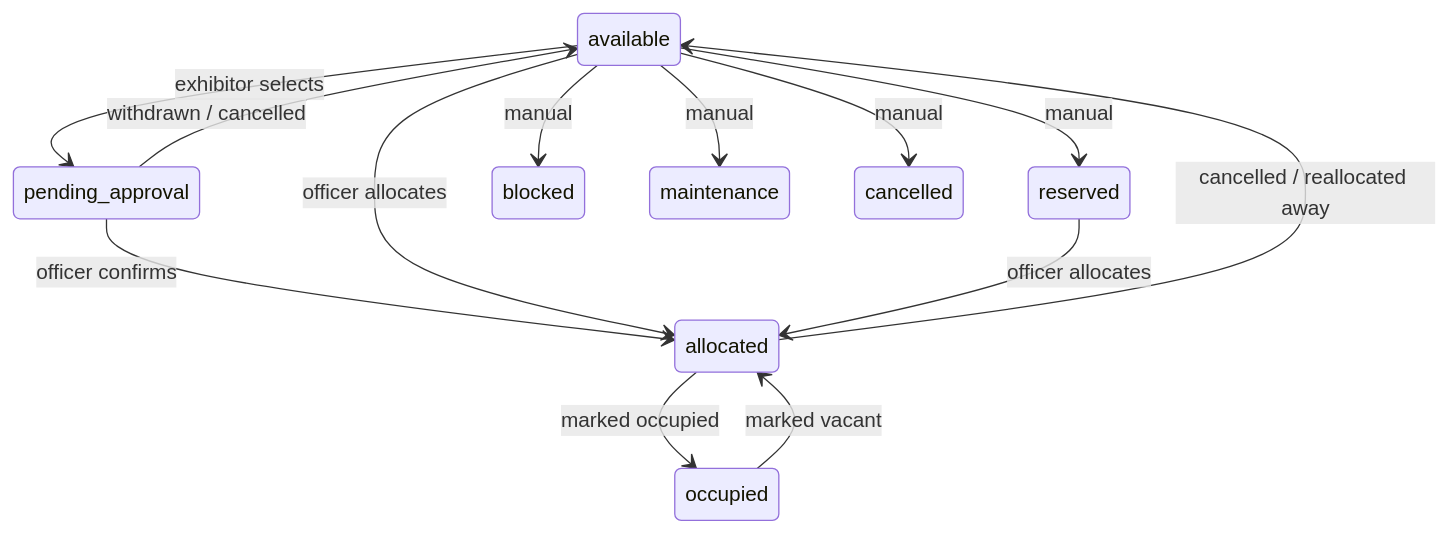
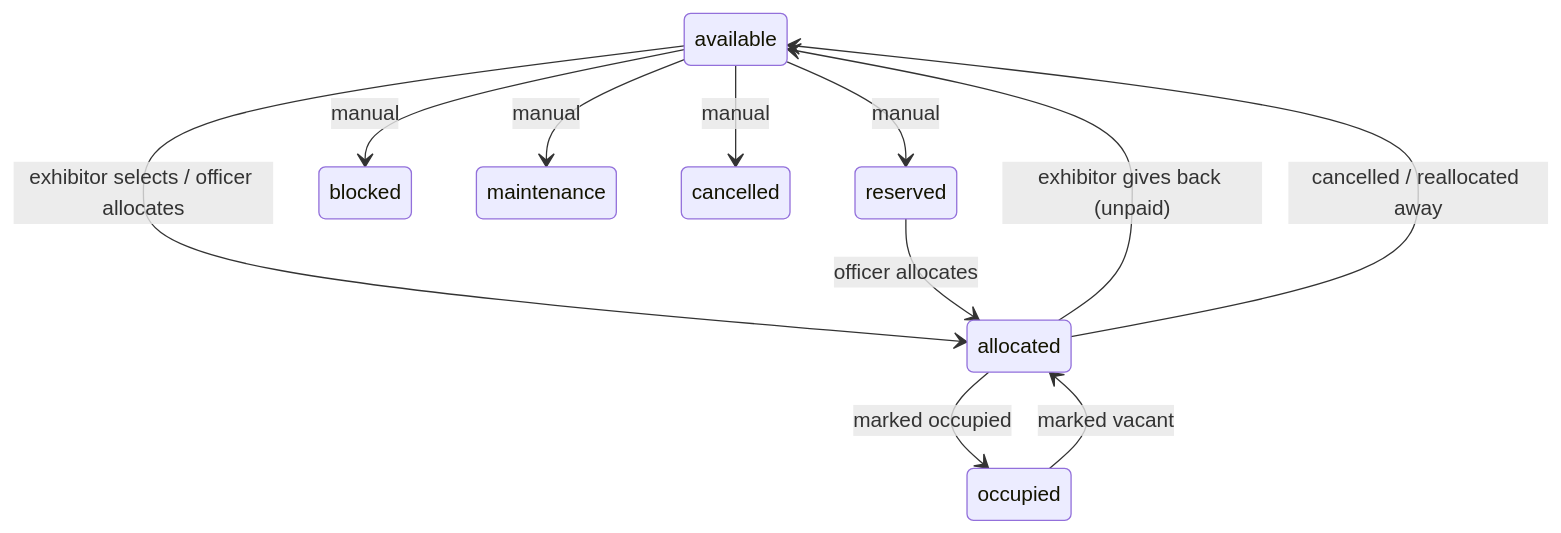
Before and after one commit to geita2026/geita: the fifth of 6 diagrams in docs/03-sdd.md, drawn with Mermaid. The commit also changed other lines of this file and 26 other files, not shown here.

First line of the commit message:
Allocate an exhibitor's selected space at once, without officer confirmation

````diff
--- a/docs/03-sdd.md
+++ b/docs/03-sdd.md
@@ -165,15 +169,13 @@
 ```mermaid
 stateDiagram-v2
-  available --> pending_approval: exhibitor selects
-  pending_approval --> allocated: officer confirms
-  pending_approval --> available: withdrawn / cancelled
-  available --> allocated: officer allocates
+  available --> allocated: exhibitor selects / officer allocates
+  allocated --> available: exhibitor gives back (unpaid)
   reserved --> allocated: officer allocates
   allocated --> occupied: marked occupied
   occupied --> allocated: marked vacant
   allocated --> available: cancelled / reallocated away
   available --> reserved: manual
   available --> blocked: manual
   available --> maintenance: manual
   available --> cancelled: manual
 ```
````
